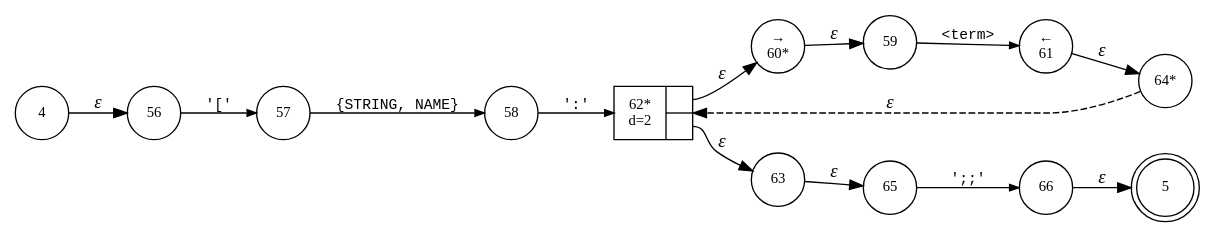
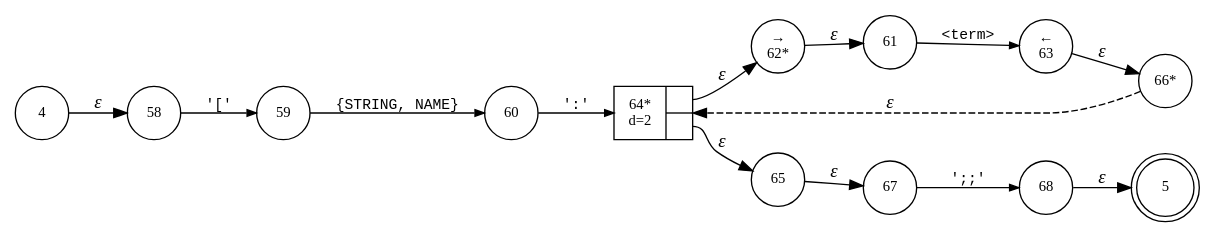
The diagram in internal/parser/Bund.ns.dot (vulogov/Bund2), drawn with Graphviz before and after one commit. The commit also changed 74 other files, not shown here.

```diff
--- a/internal/parser/Bund.ns.dot
+++ b/internal/parser/Bund.ns.dot
@@ -1,29 +1,29 @@
 digraph ATN {
 rankdir=LR;
 s5[fontsize=11, label="5", shape=doublecircle, fixedsize=true, width=.6];
-s64[fontsize=11,label="64*", shape=circle, fixedsize=true, width=.55, peripheries=1];
+s64[fontsize=11,label="{64*\nd=2|{<p0>|<p1>}}", shape=record, fixedsize=false, peripheries=1];
 s65[fontsize=11,label="65", shape=circle, fixedsize=true, width=.55, peripheries=1];
-s66[fontsize=11,label="66", shape=circle, fixedsize=true, width=.55, peripheries=1];
+s66[fontsize=11,label="66*", shape=circle, fixedsize=true, width=.55, peripheries=1];
+s67[fontsize=11,label="67", shape=circle, fixedsize=true, width=.55, peripheries=1];
 s4[fontsize=11,label="4", shape=circle, fixedsize=true, width=.55, peripheries=1];
-s56[fontsize=11,label="56", shape=circle, fixedsize=true, width=.55, peripheries=1];
-s57[fontsize=11,label="57", shape=circle, fixedsize=true, width=.55, peripheries=1];
+s68[fontsize=11,label="68", shape=circle, fixedsize=true, width=.55, peripheries=1];
 s58[fontsize=11,label="58", shape=circle, fixedsize=true, width=.55, peripheries=1];
 s59[fontsize=11,label="59", shape=circle, fixedsize=true, width=.55, peripheries=1];
-s60[fontsize=11,label="&rarr;\n60*", shape=circle, fixedsize=true, width=.55, peripheries=1];
-s61[fontsize=11,label="&larr;\n61", shape=circle, fixedsize=true, width=.55, peripheries=1];
-s62[fontsize=11,label="{62*\nd=2|{<p0>|<p1>}}", shape=record, fixedsize=false, peripheries=1];
-s63[fontsize=11,label="63", shape=circle, fixedsize=true, width=.55, peripheries=1];
-s4 -> s56 [fontname="Times-Italic", label="&epsilon;"];
-s56 -> s57 [fontsize=11, fontname="Courier", arrowsize=.7, label = "'['", arrowhead = normal];
-s57 -> s58 [fontsize=11, fontname="Courier", arrowsize=.7, label = "{STRING, NAME}", arrowhead = normal];
-s58 -> s62 [fontsize=11, fontname="Courier", arrowsize=.7, label = "':'", arrowhead = normal];
-s62:p0 -> s60 [fontname="Times-Italic", label="&epsilon;"];
-s62:p1 -> s63 [fontname="Times-Italic", label="&epsilon;"];
-s60 -> s59 [fontname="Times-Italic", label="&epsilon;"];
-s63 -> s65 [fontname="Times-Italic", label="&epsilon;"];
-s59 -> s61 [fontsize=11, fontname="Courier", arrowsize=.7, label = "<term>", arrowhead = normal];
-s65 -> s66 [fontsize=11, fontname="Courier", arrowsize=.7, label = "';;'", arrowhead = normal];
-s61 -> s64 [fontname="Times-Italic", label="&epsilon;"];
-s66 -> s5 [fontname="Times-Italic", label="&epsilon;"];
-s64 -> s62 [fontname="Times-Italic", label="&epsilon;", style="dashed"];
+s60[fontsize=11,label="60", shape=circle, fixedsize=true, width=.55, peripheries=1];
+s61[fontsize=11,label="61", shape=circle, fixedsize=true, width=.55, peripheries=1];
+s62[fontsize=11,label="&rarr;\n62*", shape=circle, fixedsize=true, width=.55, peripheries=1];
+s63[fontsize=11,label="&larr;\n63", shape=circle, fixedsize=true, width=.55, peripheries=1];
+s4 -> s58 [fontname="Times-Italic", label="&epsilon;"];
+s58 -> s59 [fontsize=11, fontname="Courier", arrowsize=.7, label = "'['", arrowhead = normal];
+s59 -> s60 [fontsize=11, fontname="Courier", arrowsize=.7, label = "{STRING, NAME}", arrowhead = normal];
+s60 -> s64 [fontsize=11, fontname="Courier", arrowsize=.7, label = "':'", arrowhead = normal];
+s64:p0 -> s62 [fontname="Times-Italic", label="&epsilon;"];
+s64:p1 -> s65 [fontname="Times-Italic", label="&epsilon;"];
+s62 -> s61 [fontname="Times-Italic", label="&epsilon;"];
+s65 -> s67 [fontname="Times-Italic", label="&epsilon;"];
+s61 -> s63 [fontsize=11, fontname="Courier", arrowsize=.7, label = "<term>", arrowhead = normal];
+s67 -> s68 [fontsize=11, fontname="Courier", arrowsize=.7, label = "';;'", arrowhead = normal];
+s63 -> s66 [fontname="Times-Italic", label="&epsilon;"];
+s68 -> s5 [fontname="Times-Italic", label="&epsilon;"];
+s66 -> s64 [fontname="Times-Italic", label="&epsilon;", style="dashed"];
 }
```
